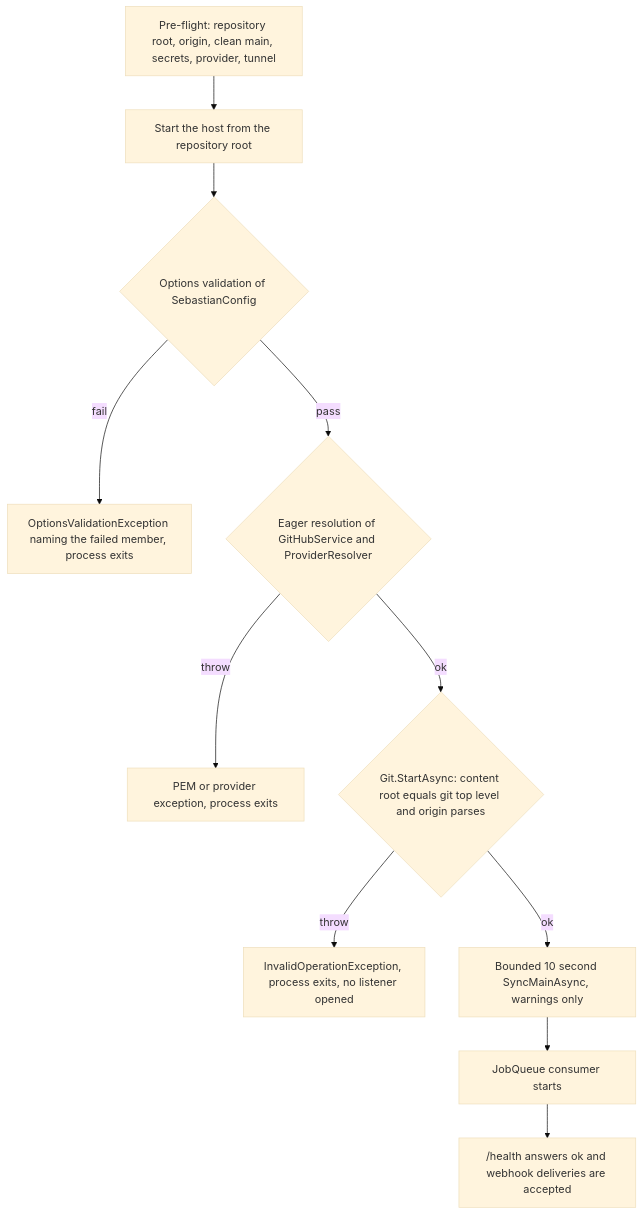
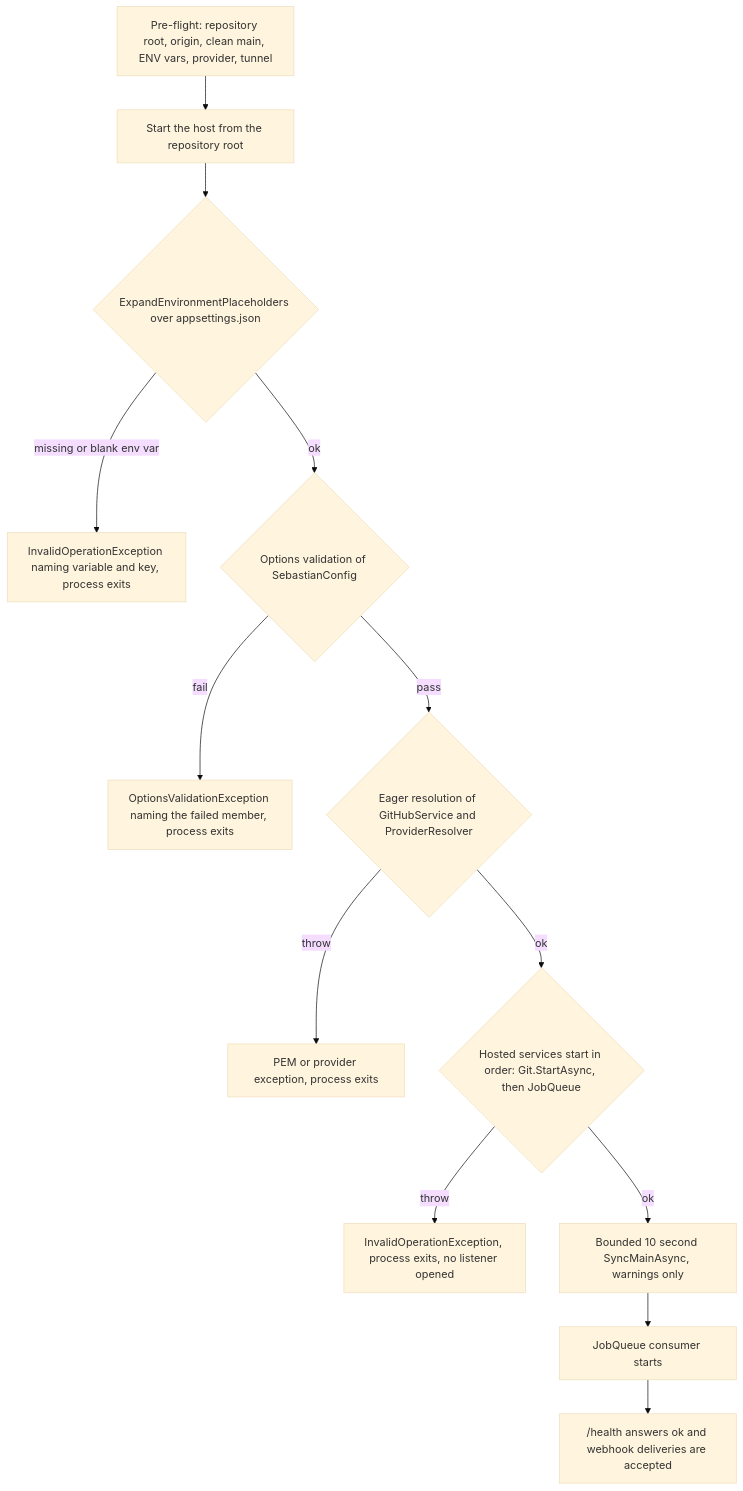
The diagram in openwiki/operations/running-and-deployment.md (ToufiqSenpai/sebastian), drawn with Mermaid (base theme) before and after one commit. The commit also changed other lines of this file and 39 other files, not shown here.

````diff
--- a/openwiki/operations/running-and-deployment.md
+++ b/openwiki/operations/running-and-deployment.md
@@ -45,13 +49,15 @@
 ```mermaid
 flowchart TD
-    P["Pre-flight: repository root, origin, clean main, secrets, provider, tunnel"] --> B["Start the host from the repository root"]
-    B --> V{"Options validation of SebastianConfig"}
+    P["Pre-flight: repository root, origin, clean main, ENV vars, provider, tunnel"] --> B["Start the host from the repository root"]
+    B --> X{"ExpandEnvironmentPlaceholders over appsettings.json"}
+    X -->|"missing or blank env var"| X1["InvalidOperationException naming variable and key, process exits"]
+    X -->|ok| V{"Options validation of SebastianConfig"}
     V -->|fail| V1["OptionsValidationException naming the failed member, process exits"]
     V -->|pass| E{"Eager resolution of GitHubService and ProviderResolver"}
     E -->|throw| E1["PEM or provider exception, process exits"]
-    E -->|ok| G{"Git.StartAsync: content root equals git top level and origin parses"}
+    E -->|ok| G{"Hosted services start in order: Git.StartAsync, then JobQueue"}
     G -->|throw| G1["InvalidOperationException, process exits, no listener opened"]
     G -->|ok| S["Bounded 10 second SyncMainAsync, warnings only"]
     S --> H["JobQueue consumer starts"]
     H --> L["/health answers ok and webhook deliveries are accepted"]
 ```
````
